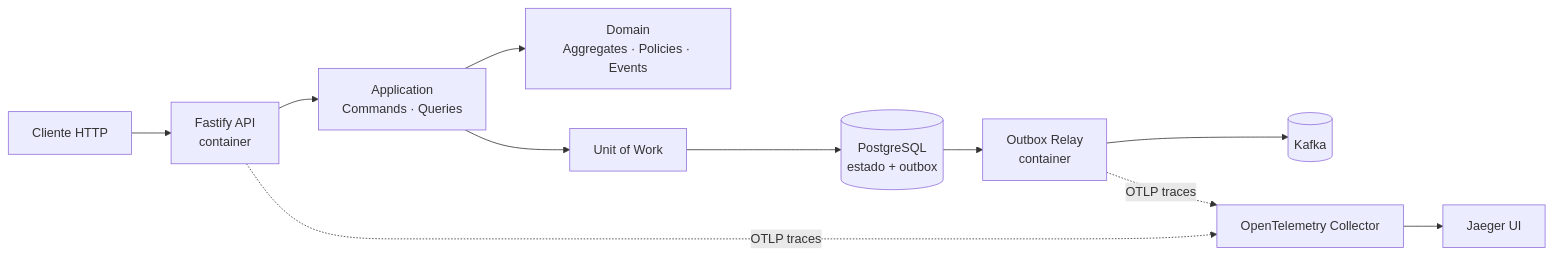
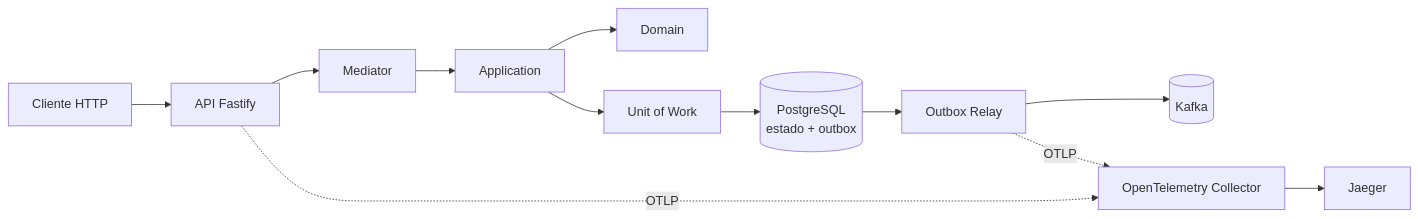
One commit to MauricioGomes02/servir changed the first of 2 diagrams in README.md. Above: the diagram before and after it, drawn with Mermaid. The commit also changed other lines of this file, not shown here.

First line of the commit message:
docs(readme): improve project and domain presentation

````diff
--- a/README.md
+++ b/README.md
@@ -34,13 +68,14 @@
 ```mermaid
 flowchart LR
-    Client[Cliente HTTP] --> API[Fastify API<br/>container]
-    API --> APP[Application<br/>Commands · Queries]
-    APP --> DOMAIN[Domain<br/>Aggregates · Policies · Events]
+    Client[Cliente HTTP] --> API[API Fastify]
+    API --> MED[Mediator]
+    MED --> APP[Application]
+    APP --> DOMAIN[Domain]
     APP --> UOW[Unit of Work]
     UOW --> PG[(PostgreSQL<br/>estado + outbox)]
-    PG --> RELAY[Outbox Relay<br/>container]
+    PG --> RELAY[Outbox Relay]
     RELAY --> KAFKA[(Kafka)]
-    API -. OTLP traces .-> OTEL[OpenTelemetry Collector]
-    RELAY -. OTLP traces .-> OTEL
-    OTEL --> JAEGER[Jaeger UI]
+    API -. OTLP .-> OTEL[OpenTelemetry Collector]
+    RELAY -. OTLP .-> OTEL
+    OTEL --> JAEGER[Jaeger]
 ```
````
